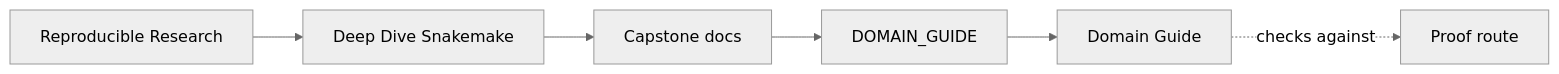
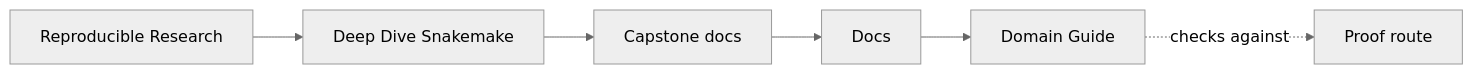
Before and after one commit to bijux/bijux-masterclass: the first of 2 diagrams in programs/reproducible-research/deep-dive-snakemake/capstone/docs/domain-guide.md, drawn with Mermaid (neutral theme). The commit also changed other lines of this file and 149 other files, not shown here.

````diff
--- a/programs/reproducible-research/deep-dive-snakemake/capstone/docs/domain-guide.md
+++ b/programs/reproducible-research/deep-dive-snakemake/capstone/docs/domain-guide.md
@@ -7,12 +7,12 @@
 ```mermaid
 graph LR
   family["Reproducible Research"]
   program["Deep Dive Snakemake"]
   guide["Capstone docs"]
-  section["DOMAIN_GUIDE"]
+  section["Docs"]
   page["Domain Guide"]
   proof["Proof route"]
 
   family --> program --> guide --> section --> page
   page -.checks against.-> proof
 ```
````
